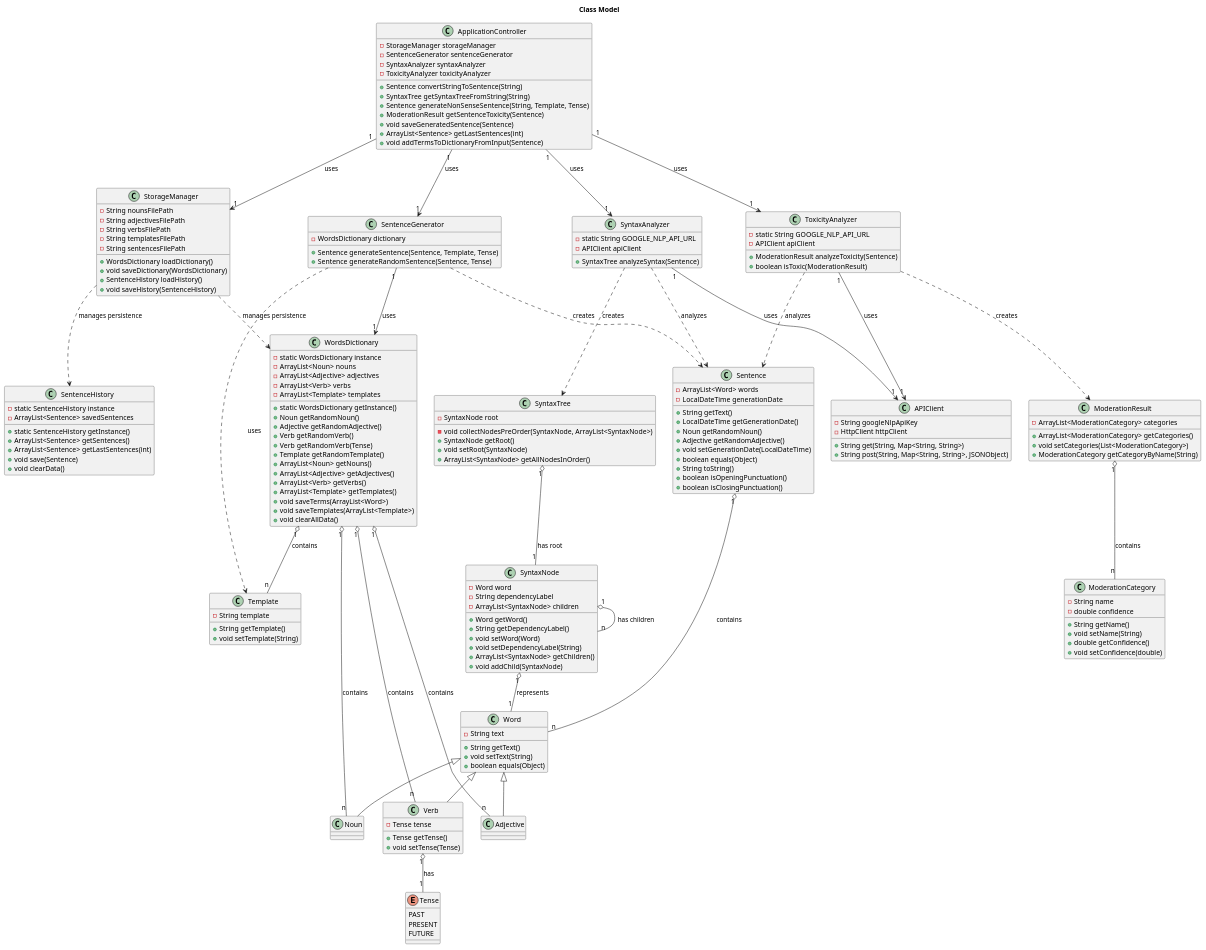
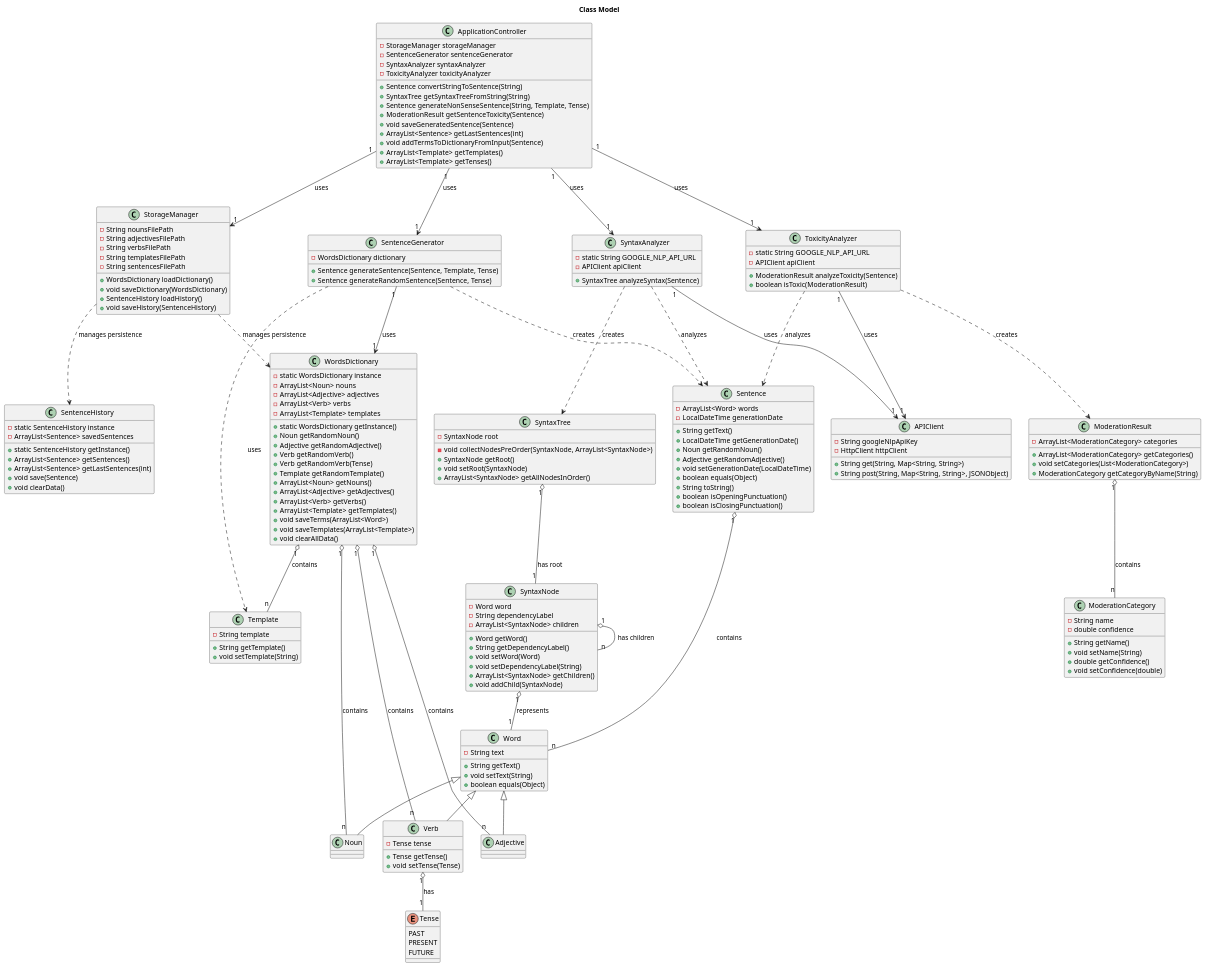
Before and after one commit to liamtoaldo/NonSenseGenerator: the diagram in docs/diagrams/classmodel.plantuml, drawn with PlantUML. The commit also changed 5 other files, not shown here.

```diff
--- a/docs/diagrams/classmodel.plantuml
+++ b/docs/diagrams/classmodel.plantuml
@@ -169,6 +169,8 @@
     +void saveGeneratedSentence(Sentence)
     +ArrayList<Sentence> getLastSentences(int)
     +void addTermsToDictionaryFromInput(Sentence)
+    +ArrayList<Template> getTemplates()
+    +ArrayList<Template> getTenses()
 }
 
 Sentence "1" o-- "n" Word : contains 
```
